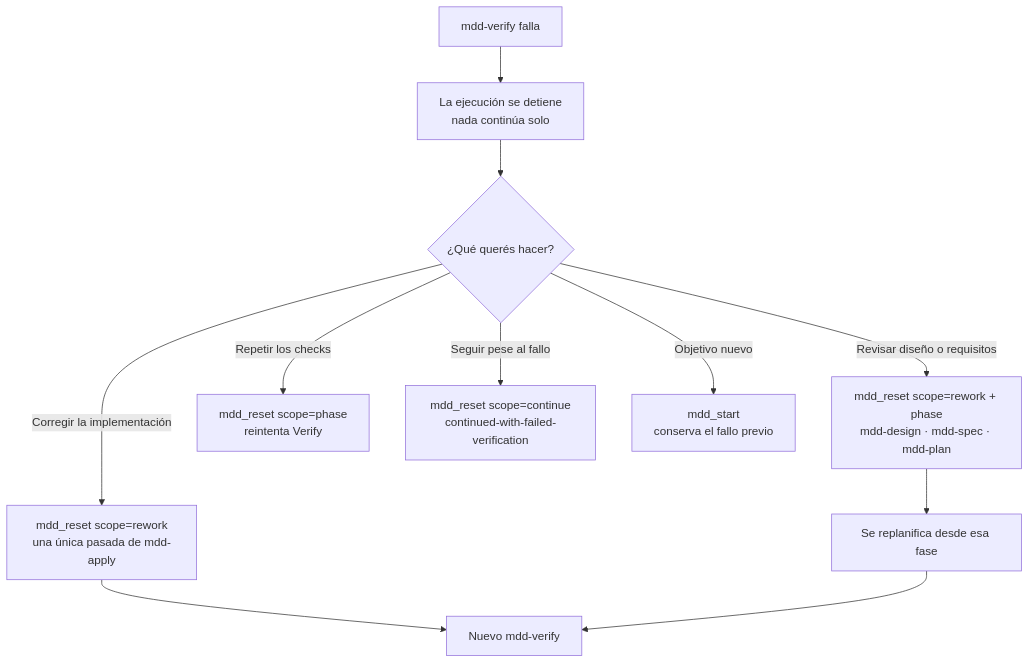
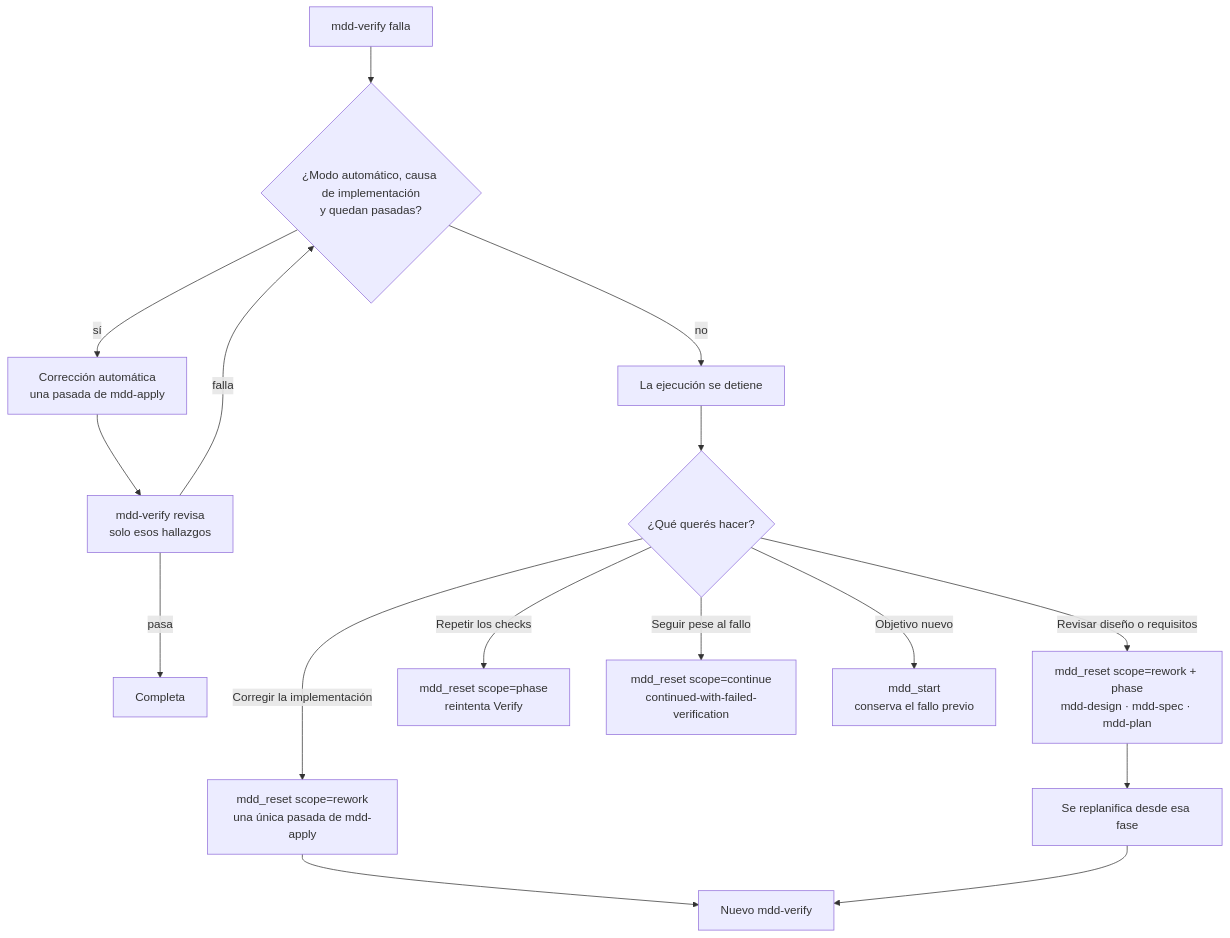
The eighth of 18 diagrams in README.md (vancinis/mdd-orchestrator), drawn with Mermaid before and after one commit. The commit also changed other lines of this file and 4 other files, not shown here.

First line of the commit message:
docs(mdd): document Verify completion, automatic correction and the caller fix

````diff
--- a/README.md
+++ b/README.md
@@ -558,12 +585,16 @@
 ```mermaid
 flowchart TD
-  VF["mdd-verify falla"] --> STOP["La ejecución se detiene<br/>nada continúa solo"]
+  VF["mdd-verify falla"] --> AUTO{"¿Modo automático, causa de implementación<br/>y quedan pasadas?"}
+  AUTO -->|"sí"| FIX["Corrección automática<br/>una pasada de mdd-apply"] --> RECHECK["mdd-verify revisa<br/>solo esos hallazgos"]
+  RECHECK -->|"pasa"| DONE["Completa"]
+  RECHECK -->|"falla"| AUTO
+  AUTO -->|"no"| STOP["La ejecución se detiene"]
   STOP --> Q{"¿Qué querés hacer?"}
   Q -->|"Corregir la implementación"| RA["mdd_reset scope=rework<br/>una única pasada de mdd-apply"]
   Q -->|"Revisar diseño o requisitos"| RP["mdd_reset scope=rework + phase<br/>mdd-design · mdd-spec · mdd-plan"]
   Q -->|"Repetir los checks"| RV["mdd_reset scope=phase<br/>reintenta Verify"]
   Q -->|"Seguir pese al fallo"| RC["mdd_reset scope=continue<br/>continued-with-failed-verification"]
   Q -->|"Objetivo nuevo"| NS["mdd_start<br/>conserva el fallo previo"]
   RA --> V2["Nuevo mdd-verify"]
   RP --> RE["Se replanifica desde esa fase"] --> V2
 ```
````
